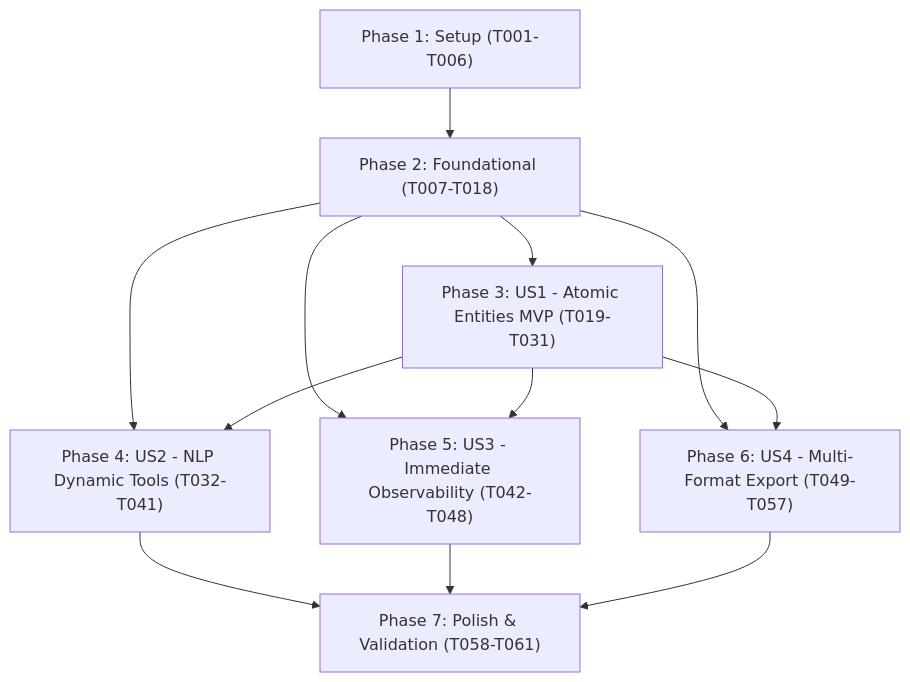
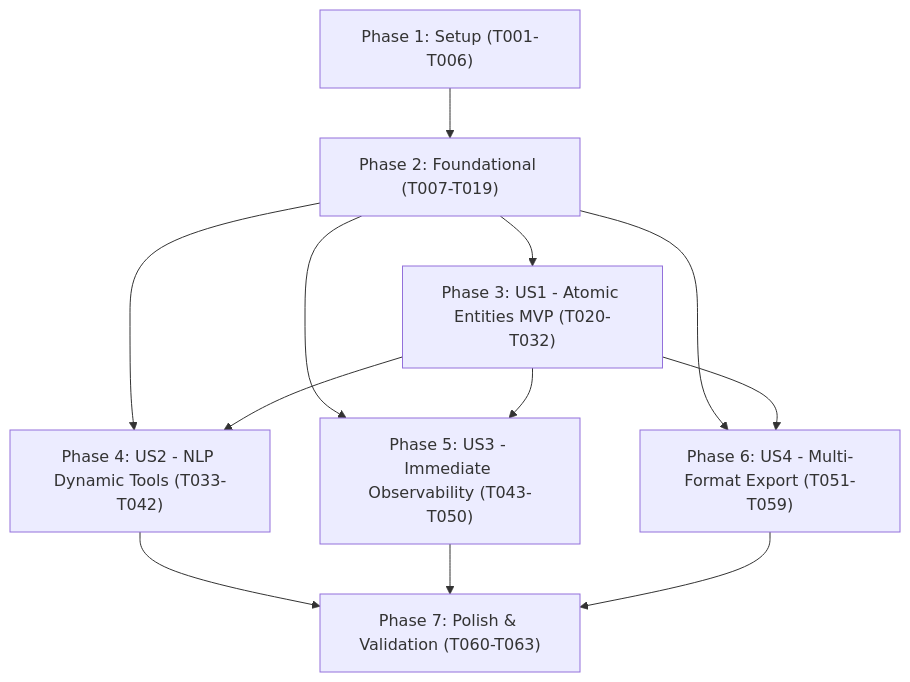
Before and after one commit to Shanbalilehh/Financial-Statistics-Adminiculum: the diagram in specs/001-financial-statistics-workspace/tasks.md, drawn with Mermaid. The commit also changed other lines of this file and 23 other files, not shown here.

````diff
--- a/specs/001-financial-statistics-workspace/tasks.md
+++ b/specs/001-financial-statistics-workspace/tasks.md
@@ -166,14 +168,14 @@
 ```mermaid
 flowchart TD
-    P1["Phase 1: Setup (T001-T006)"] --> P2["Phase 2: Foundational (T007-T018)"]
-    P2 --> US1["Phase 3: US1 - Atomic Entities MVP (T019-T031)"]
-    P2 --> US2["Phase 4: US2 - NLP Dynamic Tools (T032-T041)"]
-    P2 --> US3["Phase 5: US3 - Immediate Observability (T042-T048)"]
-    P2 --> US4["Phase 6: US4 - Multi-Format Export (T049-T057)"]
+    P1["Phase 1: Setup (T001-T006)"] --> P2["Phase 2: Foundational (T007-T019)"]
+    P2 --> US1["Phase 3: US1 - Atomic Entities MVP (T020-T032)"]
+    P2 --> US2["Phase 4: US2 - NLP Dynamic Tools (T033-T042)"]
+    P2 --> US3["Phase 5: US3 - Immediate Observability (T043-T050)"]
+    P2 --> US4["Phase 6: US4 - Multi-Format Export (T051-T059)"]
     US1 --> US2
     US1 --> US3
     US1 --> US4
-    US2 --> Polish["Phase 7: Polish & Validation (T058-T061)"]
+    US2 --> Polish["Phase 7: Polish & Validation (T060-T063)"]
     US3 --> Polish
     US4 --> Polish
 ```
````
